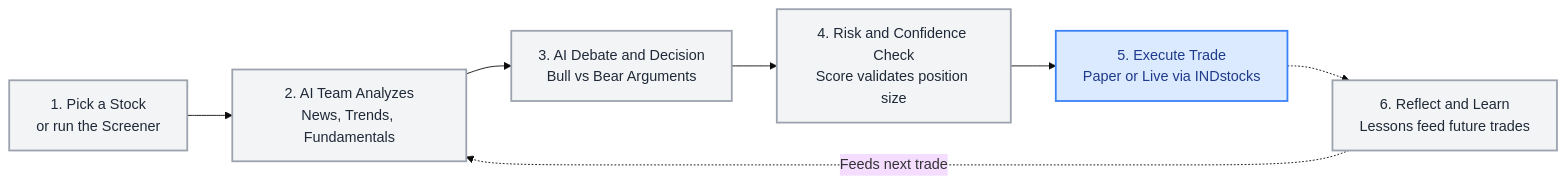
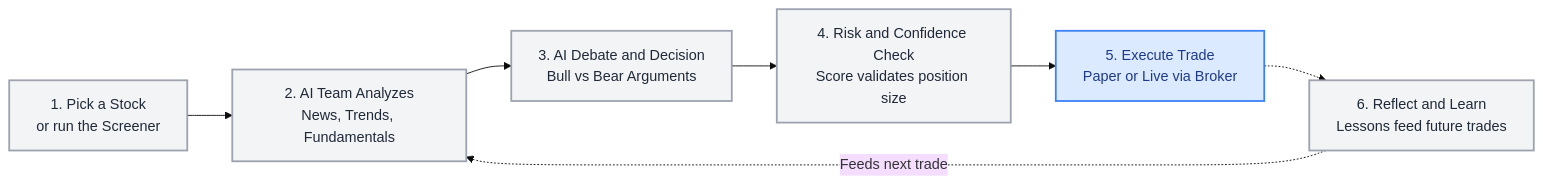
Before and after one commit to samuelvinay91/skopaqtrader: the third of 4 diagrams in README.md, drawn with Mermaid (base theme). The commit also changed other lines of this file and 1 other file, not shown here.

````diff
--- a/README.md
+++ b/README.md
@@ -154,15 +155,15 @@
 ```mermaid
 flowchart LR
     classDef step fill:#f3f4f6,stroke:#9ca3af,stroke-width:2px,color:#1f2937
     classDef highlight fill:#dbeafe,stroke:#3b82f6,stroke-width:2px,color:#1e3a8a
 
     S1["1. Pick a Stock<br/>or run the Screener"]:::step
     S2["2. AI Team Analyzes<br/>News, Trends, Fundamentals"]:::step
     S3["3. AI Debate and Decision<br/>Bull vs Bear Arguments"]:::step
     S4["4. Risk and Confidence Check<br/>Score validates position size"]:::step
-    S5["5. Execute Trade<br/>Paper or Live via INDstocks"]:::highlight
+    S5["5. Execute Trade<br/>Paper or Live via Broker"]:::highlight
     S6["6. Reflect and Learn<br/>Lessons feed future trades"]:::step
 
     S1 --> S2 --> S3 --> S4 --> S5 -.-> S6
     S6 -. "Feeds next trade" .-> S2
 ```
````
